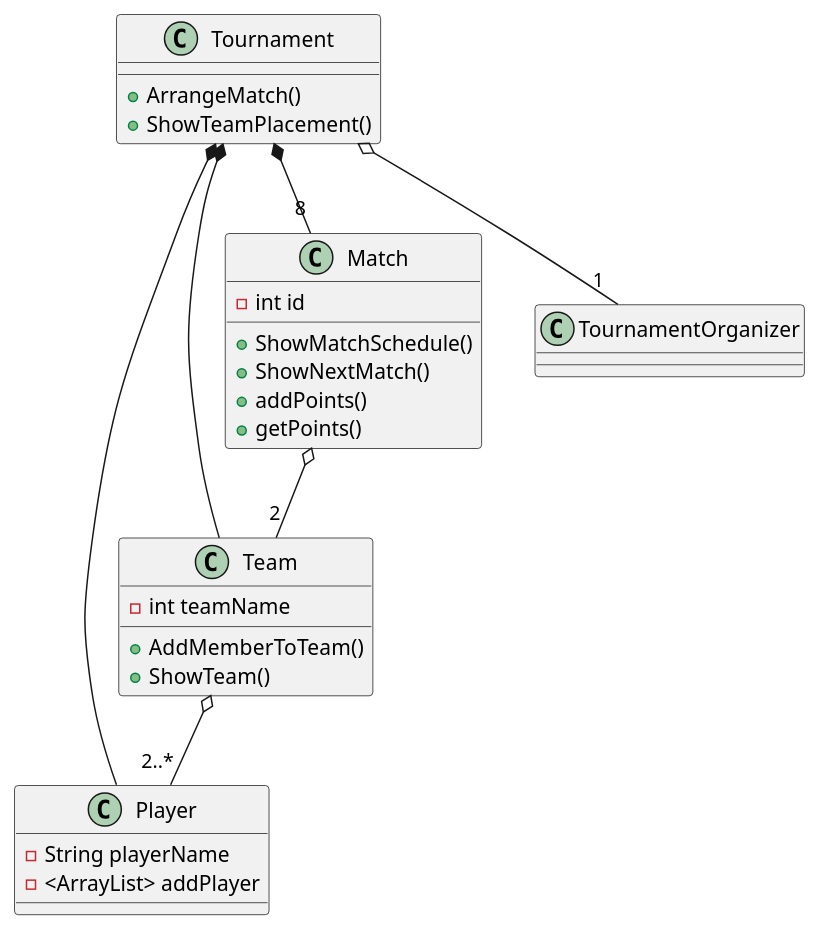
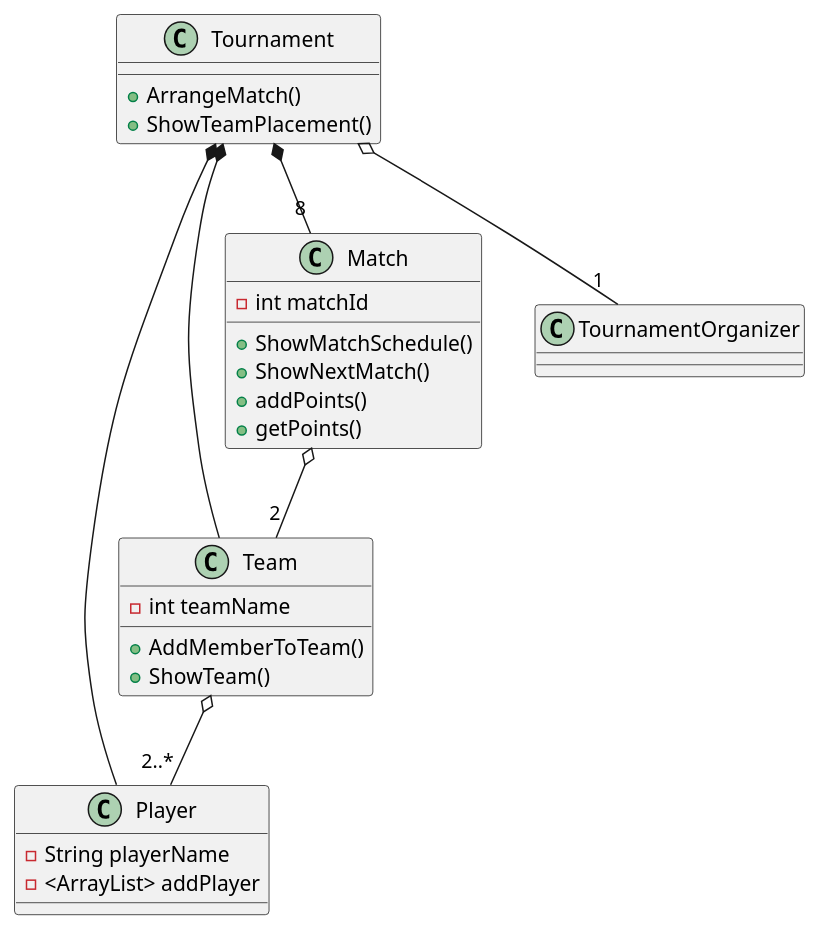
The diagram in doc/Class.puml (DeRp-DaWg/SP3), drawn with PlantUML before and after one commit.

```diff
--- a/doc/Class.puml
+++ b/doc/Class.puml
@@ -1,39 +1,38 @@
 @startuml
 'https://plantuml.com/class-diagram
-
 
 class Player {
 -String playerName
 -<ArrayList> addPlayer
 }
 
 class Team {
 -int teamName
 +AddMemberToTeam()
 +ShowTeam()
 }
 
 class Match {
--int id
+-int matchId
 +ShowMatchSchedule()
 +ShowNextMatch()
 +addPoints()
 +getPoints()
 }
 
 class Tournament {
 +ArrangeMatch()
 +ShowTeamPlacement()
 }
 
 class TournamentOrganizer {
 }
 
 Tournament o-- "1" TournamentOrganizer
 Tournament *-- "8" Match
 Tournament *-- Player
 Tournament *-- Team
 Match o-- "2" Team
 Team o-- "2..*" Player
 
 @enduml
```
